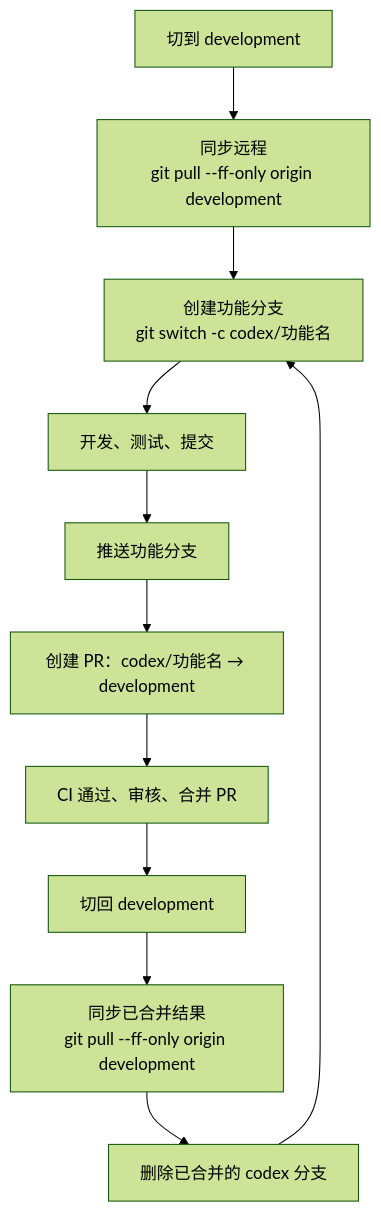
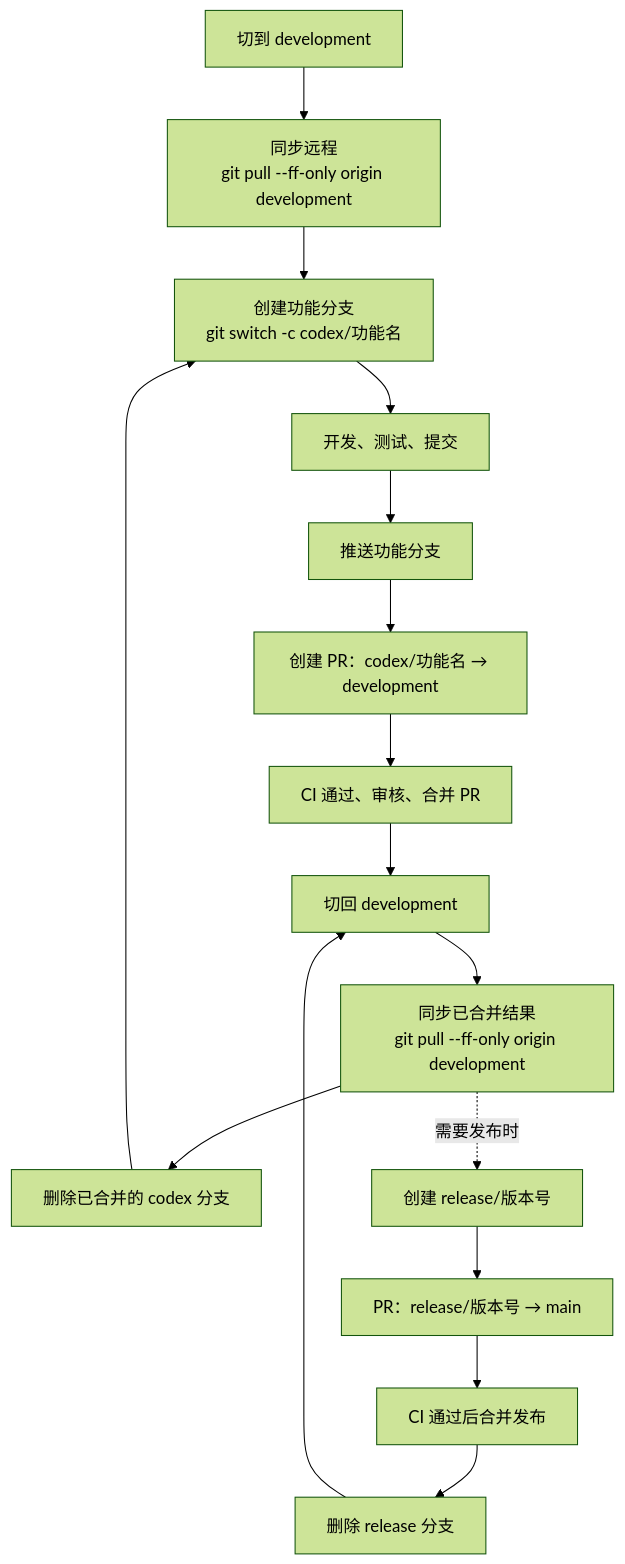
The second of 3 diagrams in docs/git-workflow.md (henuymy/auto_prefect), drawn with Mermaid (forest theme) before and after one commit. The commit also changed other lines of this file and 83 other files, not shown here.

````diff
--- a/docs/git-workflow.md
+++ b/docs/git-workflow.md
@@ -156,13 +159,19 @@
 ```mermaid
 flowchart TD
     A["切到 development"] --> B["同步远程<br/>git pull --ff-only origin development"]
     B --> C["创建功能分支<br/>git switch -c codex/功能名"]
     C --> D["开发、测试、提交"]
     D --> E["推送功能分支"]
     E --> F["创建 PR：codex/功能名 → development"]
     F --> G["CI 通过、审核、合并 PR"]
     G --> H["切回 development"]
     H --> I["同步已合并结果<br/>git pull --ff-only origin development"]
     I --> J["删除已合并的 codex 分支"]
     J --> C
+
+    I -. "需要发布时" .-> K["创建 release/版本号"]
+    K --> L["PR：release/版本号 → main"]
+    L --> M["CI 通过后合并发布"]
+    M --> N["删除 release 分支"]
+    N --> H
 ```
````
